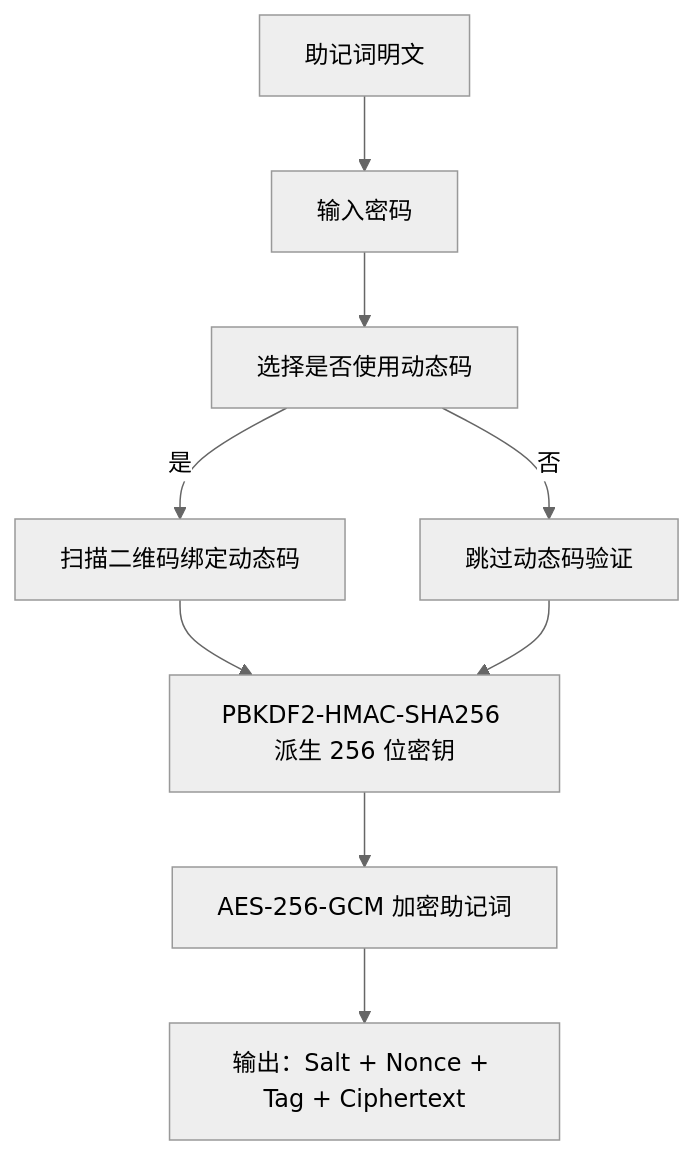
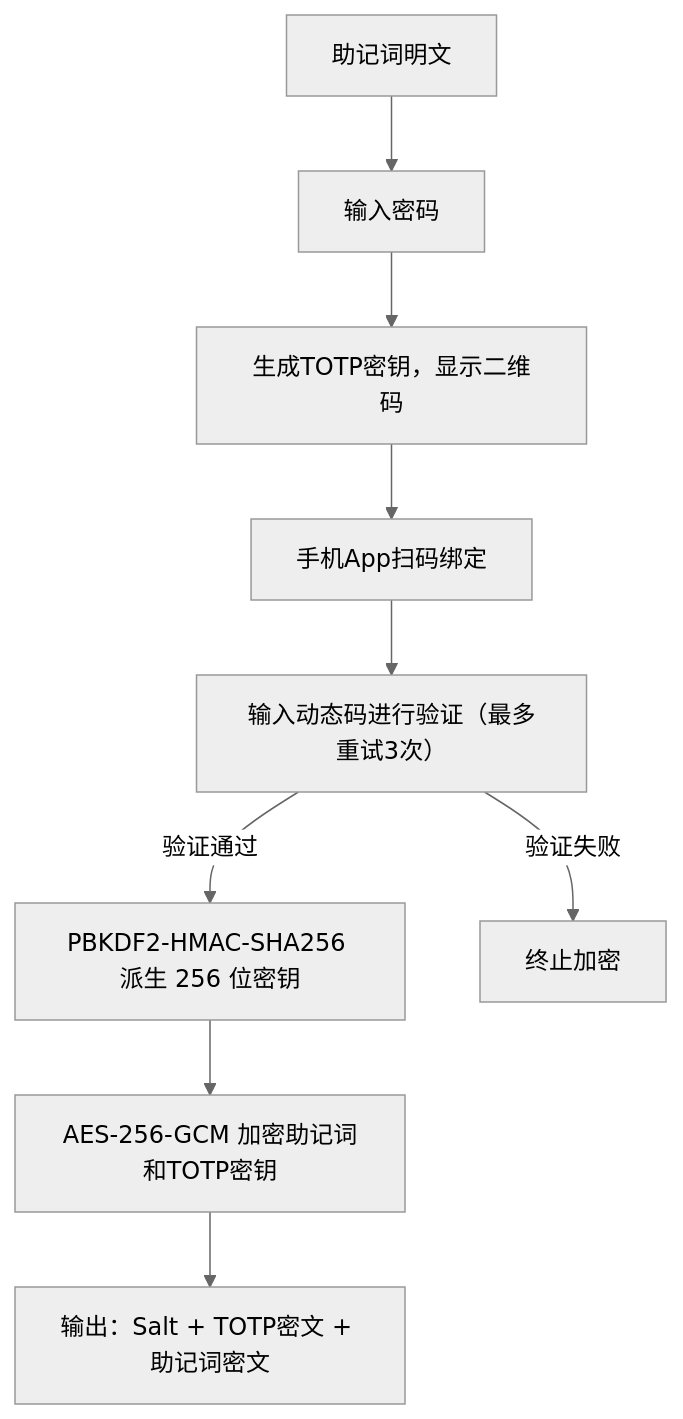
The first of 3 diagrams in README.md (Harukite/mnemonic-encryptor), drawn with Mermaid (neutral theme) before and after one commit. The commit also changed other lines of this file, not shown here.

````diff
--- a/README.md
+++ b/README.md
@@ -33,11 +36,11 @@
 ```mermaid
 graph TD
 A[助记词明文] --> B[输入密码]
-B --> C[选择是否使用动态码]
-C -->|是| D[扫描二维码绑定动态码]
-C -->|否| E[跳过动态码验证]
-D --> F[PBKDF2-HMAC-SHA256 派生 256 位密钥]
-E --> F
-F --> G[AES-256-GCM 加密助记词]
-G --> H[输出：Salt + Nonce + Tag + Ciphertext]
+B --> C[生成TOTP密钥，显示二维码]
+C --> D[手机App扫码绑定]
+D --> E[输入动态码进行验证（最多重试3次）]
+E -->|验证通过| F[PBKDF2-HMAC-SHA256 派生 256 位密钥]
+E -->|验证失败| ERR[终止加密]
+F --> G[AES-256-GCM 加密助记词和TOTP密钥]
+G --> H[输出：Salt + TOTP密文 + 助记词密文]
 ```
````
